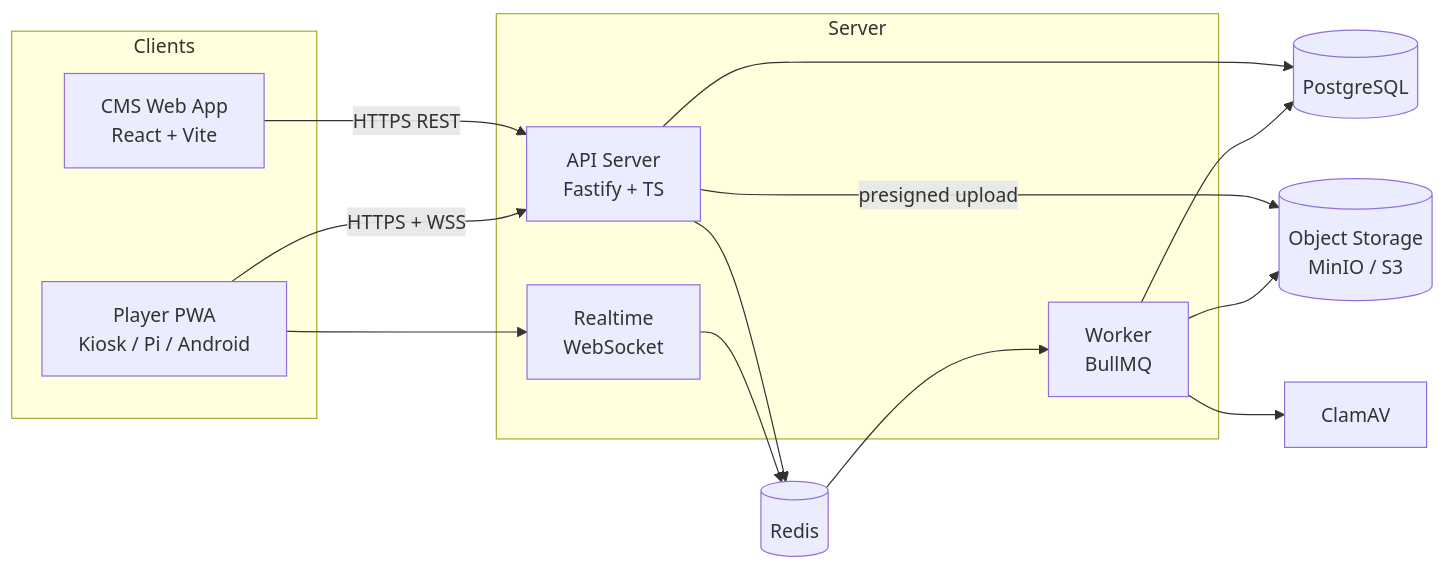
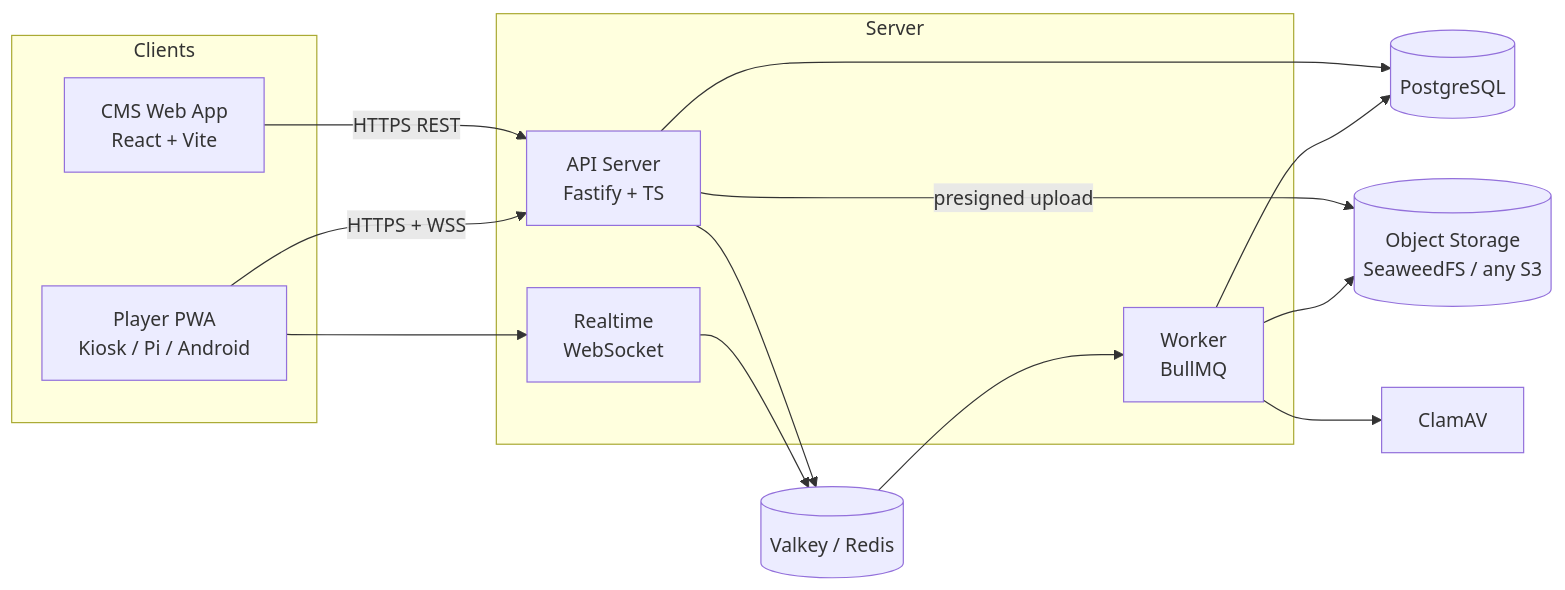
One commit to diamondrubinny/freescreensign changed the third of 3 diagrams in docs/PLAN.md. Above: the diagram before and after it, drawn with Mermaid. The commit also changed other lines of this file and 66 other files, not shown here.

````diff
--- a/docs/PLAN.md
+++ b/docs/PLAN.md
@@ -146,27 +197,27 @@
 ```mermaid
 flowchart LR
   subgraph Clients
     CMS[CMS Web App<br/>React + Vite]
     PL[Player PWA<br/>Kiosk / Pi / Android]
   end
   subgraph Server
     API[API Server<br/>Fastify + TS]
     WS[Realtime<br/>WebSocket]
     WK[Worker<br/>BullMQ]
   end
   DB[(PostgreSQL)]
-  R[(Redis)]
-  S3[(Object Storage<br/>MinIO / S3)]
+  R[(Valkey / Redis)]
+  S3[(Object Storage<br/>SeaweedFS / any S3)]
   AV[ClamAV]
   CMS -->|HTTPS REST| API
   PL -->|HTTPS + WSS| API
   PL --> WS
   API --> DB
   API --> R
   WS --> R
   API -->|presigned upload| S3
   WK --> S3
   WK --> AV
   WK --> DB
   R --> WK
 ```
````
